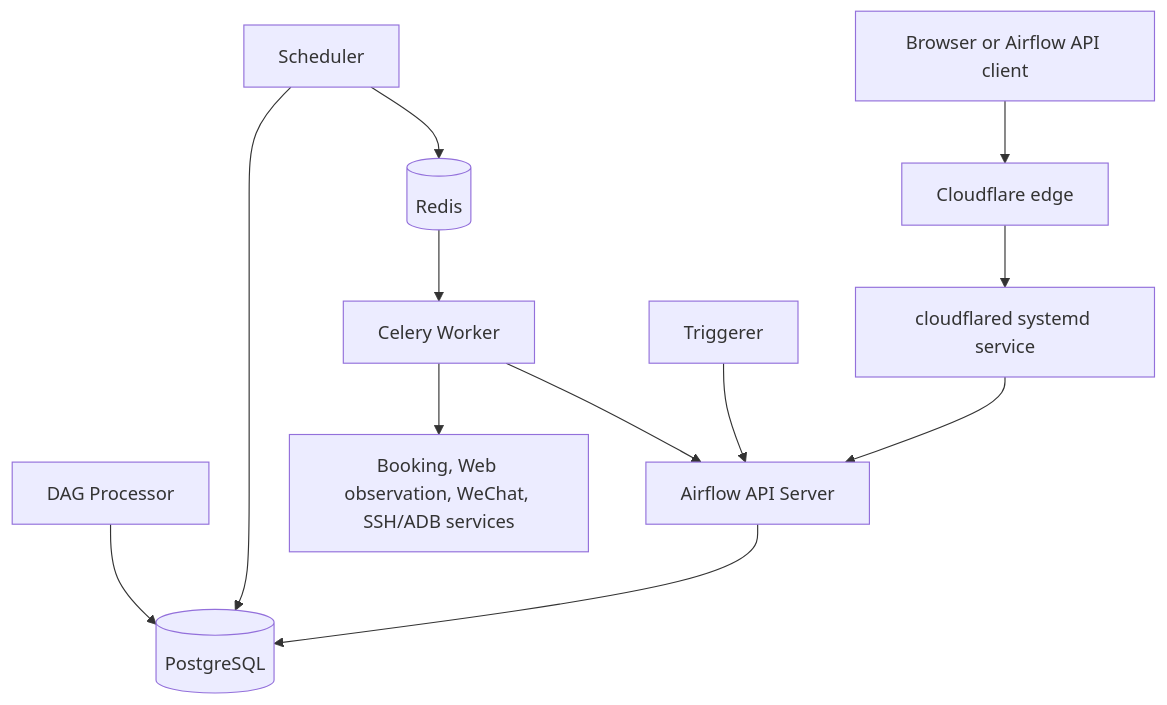
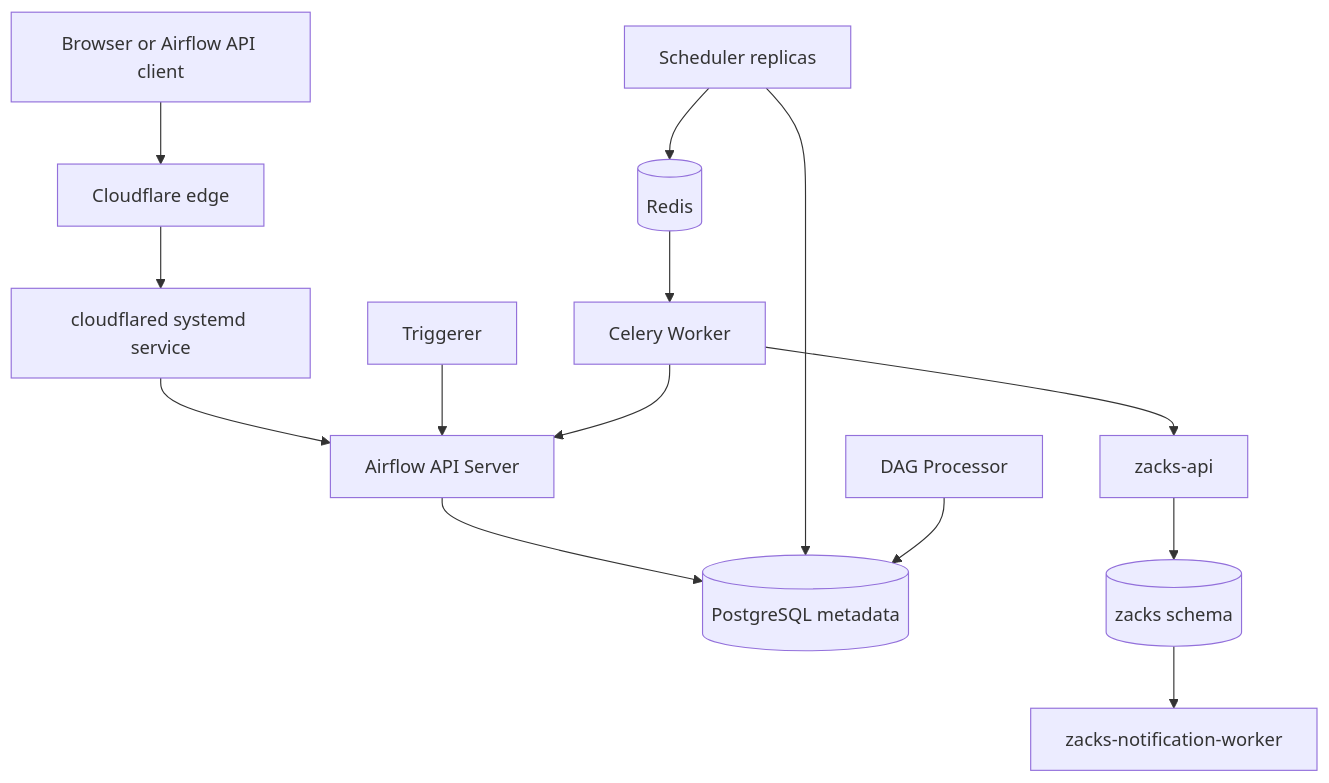
The third of 3 diagrams in ARCHITECTURE.md (claude89757/wechat-on-airflow), drawn with Mermaid before and after one commit. The commit also changed other lines of this file, not shown here.

Commit message:
docs(host-core): redefine Cloudflare as a stateless edge

````diff
--- a/ARCHITECTURE.md
+++ b/ARCHITECTURE.md
@@ -111,14 +194,16 @@
 ```mermaid
 flowchart TB
     User["Browser or Airflow API client"] --> Edge["Cloudflare edge"]
     Edge --> Tunnel["cloudflared systemd service"]
-    Tunnel --> API
-    API["Airflow API Server"] --> DB[("PostgreSQL")]
-    Scheduler["Scheduler"] --> DB
-    DagProcessor["DAG Processor"] --> DB
+    Tunnel --> API["Airflow API Server"]
+    API --> MetaDB[("PostgreSQL metadata")]
+    Scheduler["Scheduler replicas"] --> MetaDB
+    DagProcessor["DAG Processor"] --> MetaDB
     Triggerer["Triggerer"] --> API
     Scheduler --> Redis[("Redis")]
-    Redis --> Worker["Celery Worker"]
-    Worker --> API
-    Worker --> External["Booking, Web observation, WeChat, SSH/ADB services"]
+    Redis --> Celery["Celery Worker"]
+    Celery --> API
+    Celery --> CoreAPI["zacks-api"]
+    CoreAPI --> AppDB[("zacks schema")]
+    AppDB --> NotificationWorker["zacks-notification-worker"]
 ```
````
